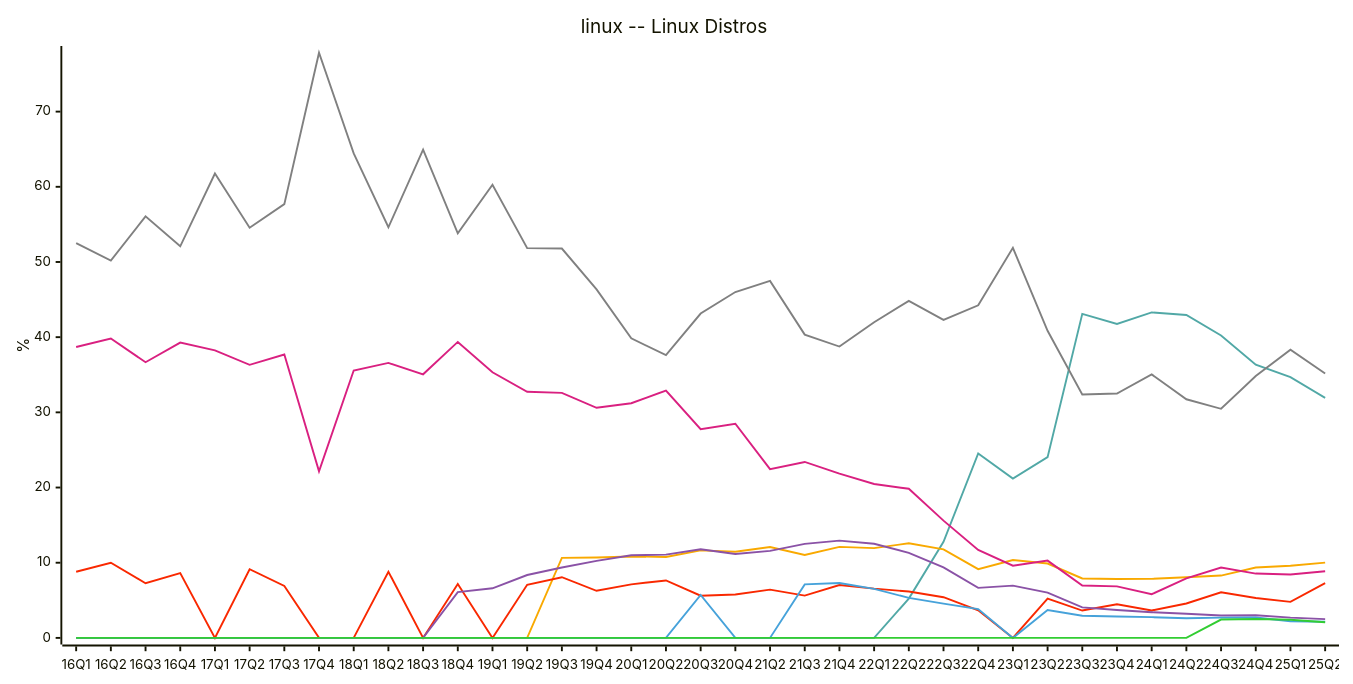
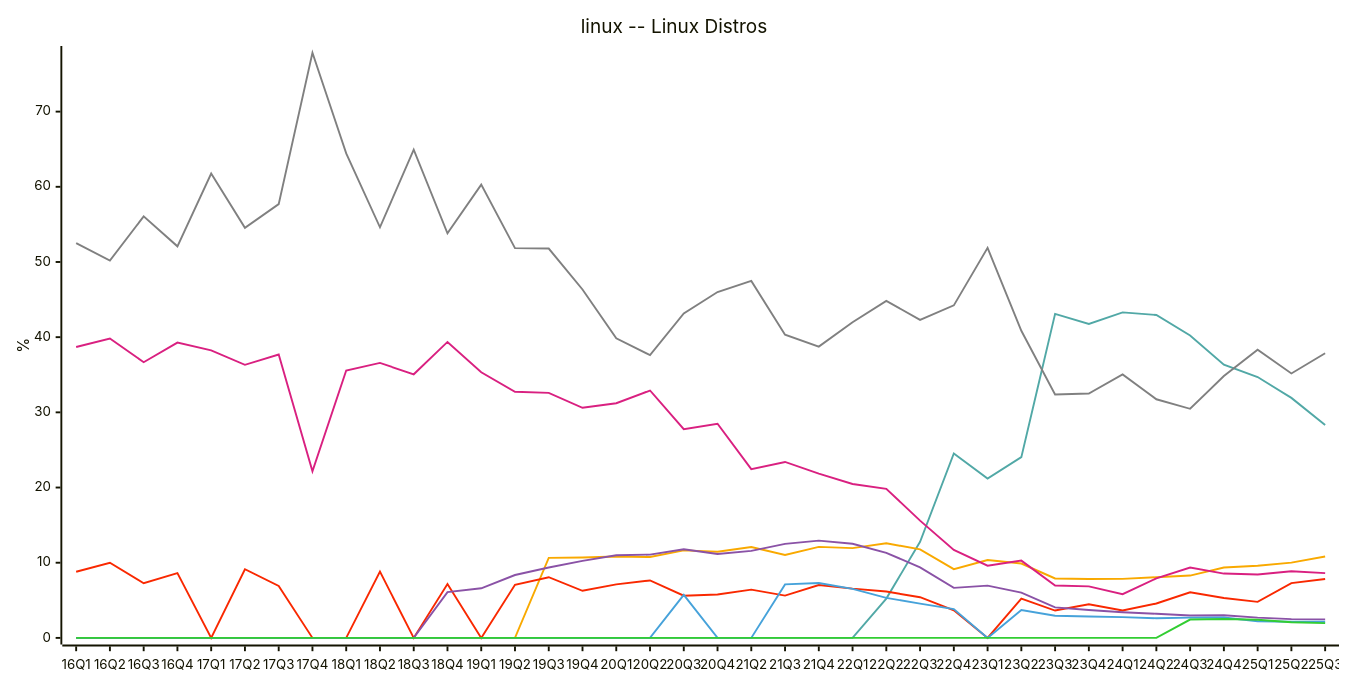
One commit to jdegene/steamHWsurvey changed diagram 12 of 22 in README.md. Above: the diagram before and after it, drawn with Mermaid. The commit also changed other lines of this file and 4 other files, not shown here.

````diff
--- a/README.md
+++ b/README.md
@@ -387,26 +387,26 @@
 ```mermaid
 ---
 config:
     xyChart:
         width: 1400
         height: 700
         
     themeVariables:
         xyChart:
             plotColorPalette: "#51a8a6,#f9a900,#f92800,#d92080,#8a52a6,#46a2da,#32CD32,#808080"
 
 --- 
 
 xychart-beta
     title "linux -- Linux Distros"
-    x-axis [16Q1, 16Q2, 16Q3, 16Q4, 17Q1, 17Q2, 17Q3, 17Q4, 18Q1, 18Q2, 18Q3, 18Q4, 19Q1, 19Q2, 19Q3, 19Q4, 20Q1, 20Q2, 20Q3, 20Q4, 21Q2, 21Q3, 21Q4, 22Q1, 22Q2, 22Q3, 22Q4, 23Q1, 23Q2, 23Q3, 23Q4, 24Q1, 24Q2, 24Q3, 24Q4, 25Q1, 25Q2]
+    x-axis [16Q1, 16Q2, 16Q3, 16Q4, 17Q1, 17Q2, 17Q3, 17Q4, 18Q1, 18Q2, 18Q3, 18Q4, 19Q1, 19Q2, 19Q3, 19Q4, 20Q1, 20Q2, 20Q3, 20Q4, 21Q2, 21Q3, 21Q4, 22Q1, 22Q2, 22Q3, 22Q4, 23Q1, 23Q2, 23Q3, 23Q4, 24Q1, 24Q2, 24Q3, 24Q4, 25Q1, 25Q2, 25Q3]
     y-axis "%" 
-    line [0, 0, 0, 0, 0, 0, 0, 0, 0, 0, 0, 0, 0, 0, 0, 0, 0, 0, 0, 0, 0, 0, 0, 0, 5.2299999999999995, 12.776666666666667, 24.525, 21.2, 24.044999999999998, 43.096666666666664, 41.76, 43.29666666666667, 42.946666666666665, 40.216666666666676, 36.336666666666666, 34.69333333333333, 31.923333333333332]
-    line [0, 0, 0, 0, 0, 0, 0, 0, 0, 0, 0, 0, 0, 0, 10.65, 10.703333333333333, 10.835, 10.756666666666666, 11.645, 11.46, 12.079999999999998, 11.023333333333333, 12.11, 11.940000000000001, 12.585, 11.776666666666667, 9.14, 10.36, 9.89, 7.903333333333333, 7.830000000000001, 7.856666666666667, 8.073333333333334, 8.29, 9.36, 9.596666666666666, 10.010000000000002]
-    line [8.799999999999999, 10.0, 7.2666666666666675, 8.63, 0, 9.133333333333333, 6.909999999999999, 0, 0, 8.806666666666667, 0, 7.17, 0, 7.063333333333334, 8.07, 6.2700000000000005, 7.124999999999999, 7.6433333333333335, 5.609999999999999, 5.779999999999999, 6.420000000000001, 5.62, 7.04, 6.550000000000001, 6.165, 5.415, 3.6700000000000004, 0, 5.215, 3.6399999999999997, 4.475, 3.6533333333333333, 4.573333333333332, 6.073333333333333, 5.3, 4.796666666666667, 7.286666666666668]
-    line [38.695, 39.82, 36.669999999999995, 39.28333333333334, 38.24, 36.31999999999999, 37.696666666666665, 22.163333333333334, 35.56666666666666, 36.57666666666666, 35.06, 39.36666666666667, 35.32666666666667, 32.733333333333334, 32.59666666666667, 30.606666666666666, 31.210000000000004, 32.906666666666666, 27.755000000000003, 28.485, 22.45, 23.4, 21.84, 20.47, 19.835, 15.6, 11.695, 9.610000000000001, 10.280000000000001, 6.959999999999999, 6.855, 5.8100000000000005, 7.923333333333334, 9.363333333333335, 8.556666666666667, 8.436666666666666, 8.866666666666667]
-    line [0, 0, 0, 0, 0, 0, 0, 0, 0, 0, 0, 6.09, 6.595000000000001, 8.363333333333333, 9.370000000000001, 10.25, 10.985, 11.080000000000002, 11.795, 11.165, 11.58, 12.503333333333334, 12.94, 12.520000000000001, 11.32, 9.376666666666667, 6.659999999999999, 6.950000000000001, 6.0200000000000005, 4.0633333333333335, 3.7150000000000003, 3.416666666666667, 3.2133333333333334, 2.9733333333333336, 3.0166666666666666, 2.6950000000000003, 2.5]
-    line [0, 0, 0, 0, 0, 0, 0, 0, 0, 0, 0, 0, 0, 0, 0, 0, 0, 0, 5.72, 0, 0, 7.116666666666667, 7.31, 6.52, 5.319999999999999, 4.556666666666667, 3.83, 0, 3.695, 2.9499999999999997, 2.855, 2.76, 2.61, 2.6950000000000003, 2.7066666666666666, 2.21, 2.1533333333333333]
-    line [0, 0, 0, 0, 0, 0, 0, 0, 0, 0, 0, 0, 0, 0, 0, 0, 0, 0, 0, 0, 0, 0, 0, 0, 0, 0, 0, 0, 0, 0, 0, 0, 0, 2.44, 2.52, 2.41, 2.08]
-    line [52.505, 50.18, 56.06666666666666, 52.083333333333336, 61.760000000000005, 54.55, 57.699999999999996, 77.83666666666666, 64.44333333333333, 54.61666666666667, 64.93666666666667, 53.81999999999999, 60.28333333333333, 51.84000000000001, 51.790000000000006, 46.34666666666667, 39.839999999999996, 37.61666666666667, 43.145, 46.005, 47.48, 40.336666666666666, 38.75, 41.99, 44.82, 42.30666666666667, 44.23, 51.89, 40.849999999999994, 32.37, 32.51, 35.04666666666667, 31.739999999999995, 30.473333333333336, 34.83, 38.33333333333333, 35.17333333333334]
+    line [0, 0, 0, 0, 0, 0, 0, 0, 0, 0, 0, 0, 0, 0, 0, 0, 0, 0, 0, 0, 0, 0, 0, 0, 5.2299999999999995, 12.776666666666667, 24.525, 21.2, 24.044999999999998, 43.096666666666664, 41.76, 43.29666666666667, 42.946666666666665, 40.216666666666676, 36.336666666666666, 34.69333333333333, 31.923333333333332, 28.310000000000002]
+    line [0, 0, 0, 0, 0, 0, 0, 0, 0, 0, 0, 0, 0, 0, 10.65, 10.703333333333333, 10.835, 10.756666666666666, 11.645, 11.46, 12.079999999999998, 11.023333333333333, 12.11, 11.940000000000001, 12.585, 11.776666666666667, 9.14, 10.36, 9.89, 7.903333333333333, 7.830000000000001, 7.856666666666667, 8.073333333333334, 8.29, 9.36, 9.596666666666666, 10.010000000000002, 10.82]
+    line [8.799999999999999, 10.0, 7.2666666666666675, 8.63, 0, 9.133333333333333, 6.909999999999999, 0, 0, 8.806666666666667, 0, 7.17, 0, 7.063333333333334, 8.07, 6.2700000000000005, 7.124999999999999, 7.6433333333333335, 5.609999999999999, 5.779999999999999, 6.420000000000001, 5.62, 7.04, 6.550000000000001, 6.165, 5.415, 3.6700000000000004, 0, 5.215, 3.6399999999999997, 4.475, 3.6533333333333333, 4.573333333333332, 6.073333333333333, 5.3, 4.796666666666667, 7.286666666666668, 7.829999999999999]
+    line [38.695, 39.82, 36.669999999999995, 39.28333333333334, 38.24, 36.31999999999999, 37.696666666666665, 22.163333333333334, 35.56666666666666, 36.57666666666666, 35.06, 39.36666666666667, 35.32666666666667, 32.733333333333334, 32.59666666666667, 30.606666666666666, 31.210000000000004, 32.906666666666666, 27.755000000000003, 28.485, 22.45, 23.4, 21.84, 20.47, 19.835, 15.6, 11.695, 9.610000000000001, 10.280000000000001, 6.959999999999999, 6.855, 5.8100000000000005, 7.923333333333334, 9.363333333333335, 8.556666666666667, 8.436666666666666, 8.866666666666667, 8.610000000000001]
+    line [0, 0, 0, 0, 0, 0, 0, 0, 0, 0, 0, 6.09, 6.595000000000001, 8.363333333333333, 9.370000000000001, 10.25, 10.985, 11.080000000000002, 11.795, 11.165, 11.58, 12.503333333333334, 12.94, 12.520000000000001, 11.32, 9.376666666666667, 6.659999999999999, 6.950000000000001, 6.0200000000000005, 4.0633333333333335, 3.7150000000000003, 3.416666666666667, 3.2133333333333334, 2.9733333333333336, 3.0166666666666666, 2.6950000000000003, 2.5, 2.46]
+    line [0, 0, 0, 0, 0, 0, 0, 0, 0, 0, 0, 0, 0, 0, 0, 0, 0, 0, 5.72, 0, 0, 7.116666666666667, 7.31, 6.52, 5.319999999999999, 4.556666666666667, 3.83, 0, 3.695, 2.9499999999999997, 2.855, 2.76, 2.61, 2.6950000000000003, 2.7066666666666666, 2.21, 2.1533333333333333, 2.1399999999999997]
+    line [0, 0, 0, 0, 0, 0, 0, 0, 0, 0, 0, 0, 0, 0, 0, 0, 0, 0, 0, 0, 0, 0, 0, 0, 0, 0, 0, 0, 0, 0, 0, 0, 0, 2.44, 2.52, 2.41, 2.08, 1.96]
+    line [52.505, 50.18, 56.06666666666666, 52.083333333333336, 61.760000000000005, 54.55, 57.699999999999996, 77.83666666666666, 64.44333333333333, 54.61666666666667, 64.93666666666667, 53.81999999999999, 60.28333333333333, 51.84000000000001, 51.790000000000006, 46.34666666666667, 39.839999999999996, 37.61666666666667, 43.145, 46.005, 47.48, 40.336666666666666, 38.75, 41.99, 44.82, 42.30666666666667, 44.23, 51.89, 40.849999999999994, 32.37, 32.51, 35.04666666666667, 31.739999999999995, 30.473333333333336, 34.83, 38.33333333333333, 35.17333333333334, 37.86]
 ``` 
````
